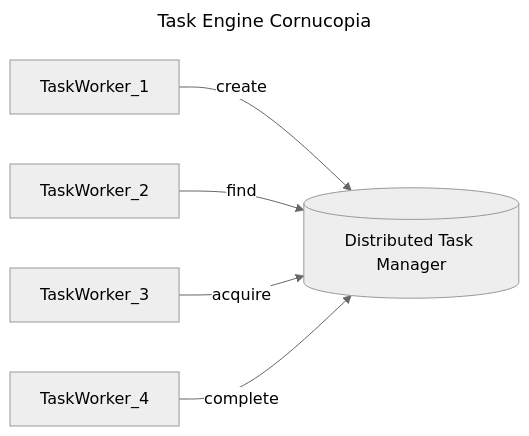
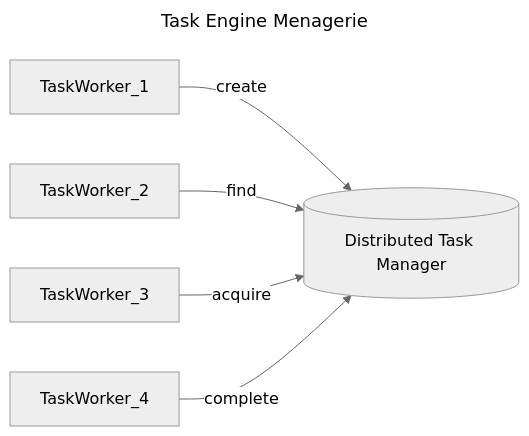
One commit to lfeagan/distributed-task-manager changed the second of 3 diagrams in README.md. Above: the diagram before and after it, drawn with Mermaid (neutral theme). The commit also changed other lines of this file and 4 other files, not shown here.

````diff
--- a/README.md
+++ b/README.md
@@ -24,11 +24,11 @@
 ```mermaid
 ---
-title: Task Engine Cornucopia
+title: Task Engine Menagerie
 ---
 flowchart LR
     dtm[(Distributed Task Manager)]
     TaskWorker_1 --> |create|dtm
     TaskWorker_2 --> |find|dtm
     TaskWorker_3 --> |acquire|dtm
     TaskWorker_4 --> |complete|dtm
 ```
````
